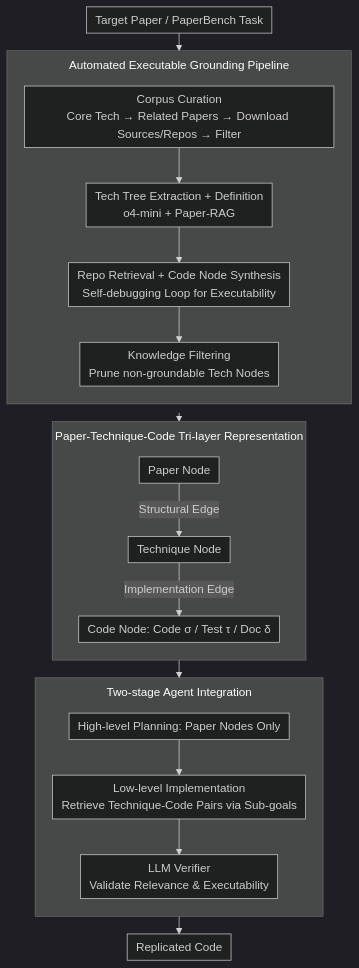
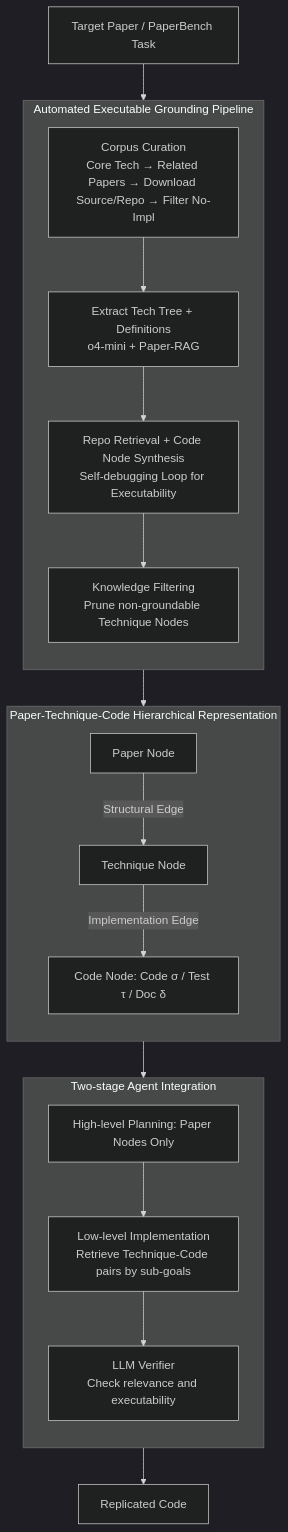
One commit to zhaoyang97/Paper-Notes-en changed the diagram in docs/ACL2026/graph_learning/what_makes_ai_research_replicable_executable_knowledge_graphs_as_scientific_know.md. Above: the diagram before and after it, drawn with Mermaid (dark theme). The commit also changed other lines of this file and 5084 other files, not shown here.

````diff
--- a/docs/ACL2026/graph_learning/what_makes_ai_research_replicable_executable_knowledge_graphs_as_scientific_know.md
+++ b/docs/ACL2026/graph_learning/what_makes_ai_research_replicable_executable_knowledge_graphs_as_scientific_know.md
@@ -45,24 +45,23 @@
 ```mermaid
-%%{init: {'flowchart': {'rankSpacing': 24, 'nodeSpacing': 28, 'padding': 6, 'wrappingWidth': 400, 'subGraphTitleMargin': {'top': 8, 'bottom': 16}}}}%%
-flowchart TD
+graph TD
     A["Target Paper / PaperBench Task"] --> B
     subgraph BUILD["Automated Executable Grounding Pipeline"]
         direction TB
-        B["Corpus Curation<br/>Core Tech → Related Papers → Download Sources/Repos → Filter"] --> C["Tech Tree Extraction + Definition<br/>o4-mini + Paper-RAG"]
+        B["Corpus Curation<br/>Core Tech → Related Papers → Download Source/Repo → Filter No-Impl"] --> C["Extract Tech Tree + Definitions<br/>o4-mini + Paper-RAG"]
         C --> D["Repo Retrieval + Code Node Synthesis<br/>Self-debugging Loop for Executability"]
-        D --> E["Knowledge Filtering<br/>Prune non-groundable Tech Nodes"]
+        D --> E["Knowledge Filtering<br/>Prune non-groundable Technique Nodes"]
     end
     BUILD --> KG
-    subgraph KG["Paper-Technique-Code Tri-layer Representation"]
+    subgraph KG["Paper-Technique-Code Hierarchical Representation"]
         direction TB
         F["Paper Node"] -->|Structural Edge| G["Technique Node"]
         G -->|Implementation Edge| H["Code Node: Code σ / Test τ / Doc δ"]
     end
     KG --> AGENT
     subgraph AGENT["Two-stage Agent Integration"]
         direction TB
-        I["High-level Planning: Paper Nodes Only"] --> J["Low-level Implementation<br/>Retrieve Technique-Code Pairs via Sub-goals"]
-        J --> K["LLM Verifier<br/>Validate Relevance & Executability"]
+        I["High-level Planning: Paper Nodes Only"] --> J["Low-level Implementation<br/>Retrieve Technique-Code pairs by sub-goals"]
+        J --> K["LLM Verifier<br/>Check relevance and executability"]
     end
     AGENT --> L["Replicated Code"]
 ```
````
